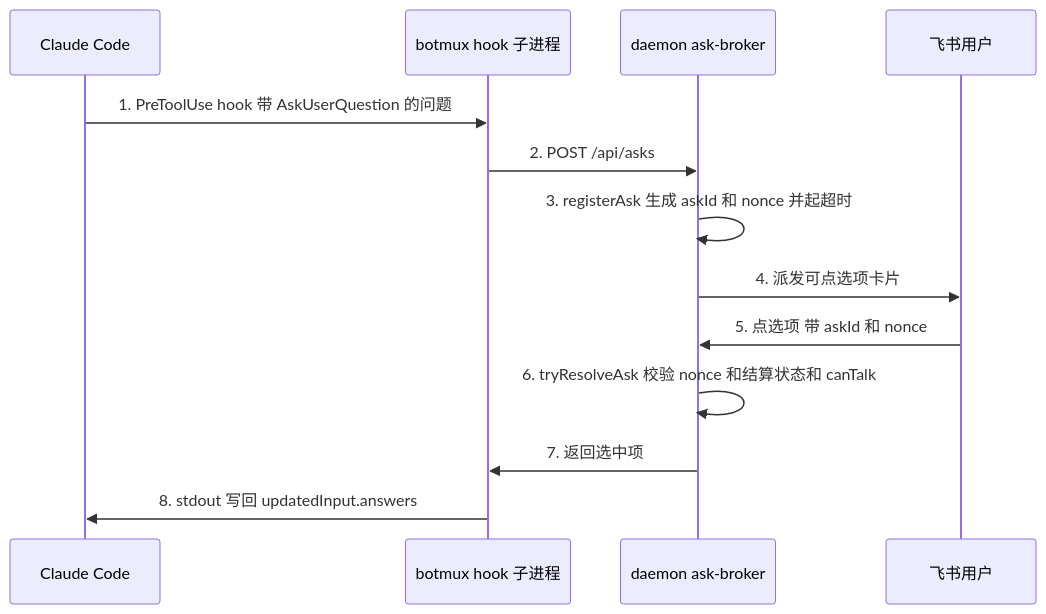
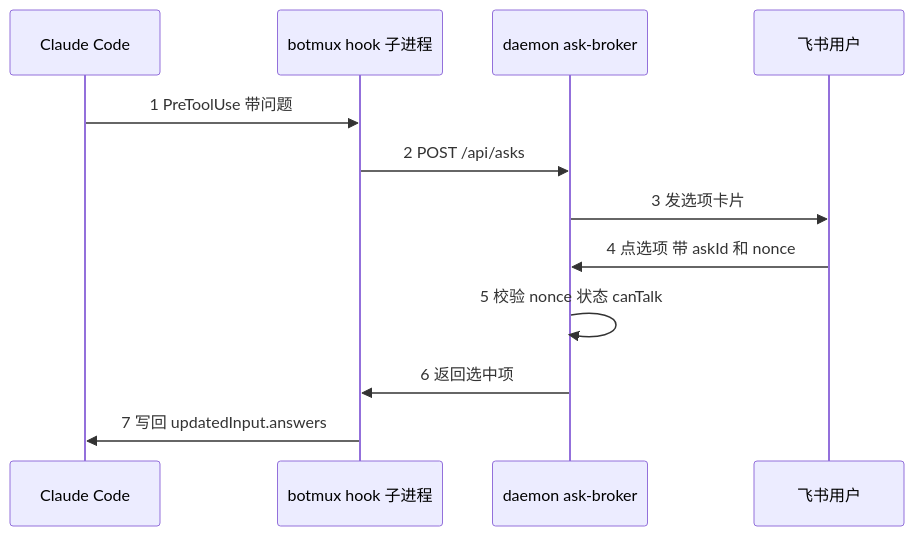
Before and after one commit to diguike/book-source-reading: the eighth of 8 diagrams in book/05-botmux.md, drawn with Mermaid. The commit also changed other lines of this file and 14 other files, not shown here.

````diff
--- a/book/05-botmux.md
+++ b/book/05-botmux.md
@@ -852,15 +573,14 @@
 ```mermaid
 sequenceDiagram
     participant C as Claude Code
     participant H as botmux hook 子进程
     participant D as daemon ask-broker
     participant U as 飞书用户
-    C->>H: 1. PreToolUse hook 带 AskUserQuestion 的问题
-    H->>D: 2. POST /api/asks
-    D->>D: 3. registerAsk 生成 askId 和 nonce 并起超时
-    D->>U: 4. 派发可点选项卡片
-    U->>D: 5. 点选项 带 askId 和 nonce
-    D->>D: 6. tryResolveAsk 校验 nonce 和结算状态和 canTalk
-    D->>H: 7. 返回选中项
-    H->>C: 8. stdout 写回 updatedInput.answers
+    C->>H: 1 PreToolUse 带问题
+    H->>D: 2 POST /api/asks
+    D->>U: 3 发选项卡片
+    U->>D: 4 点选项 带 askId 和 nonce
+    D->>D: 5 校验 nonce 状态 canTalk
+    D->>H: 6 返回选中项
+    H->>C: 7 写回 updatedInput.answers
 ```
````
